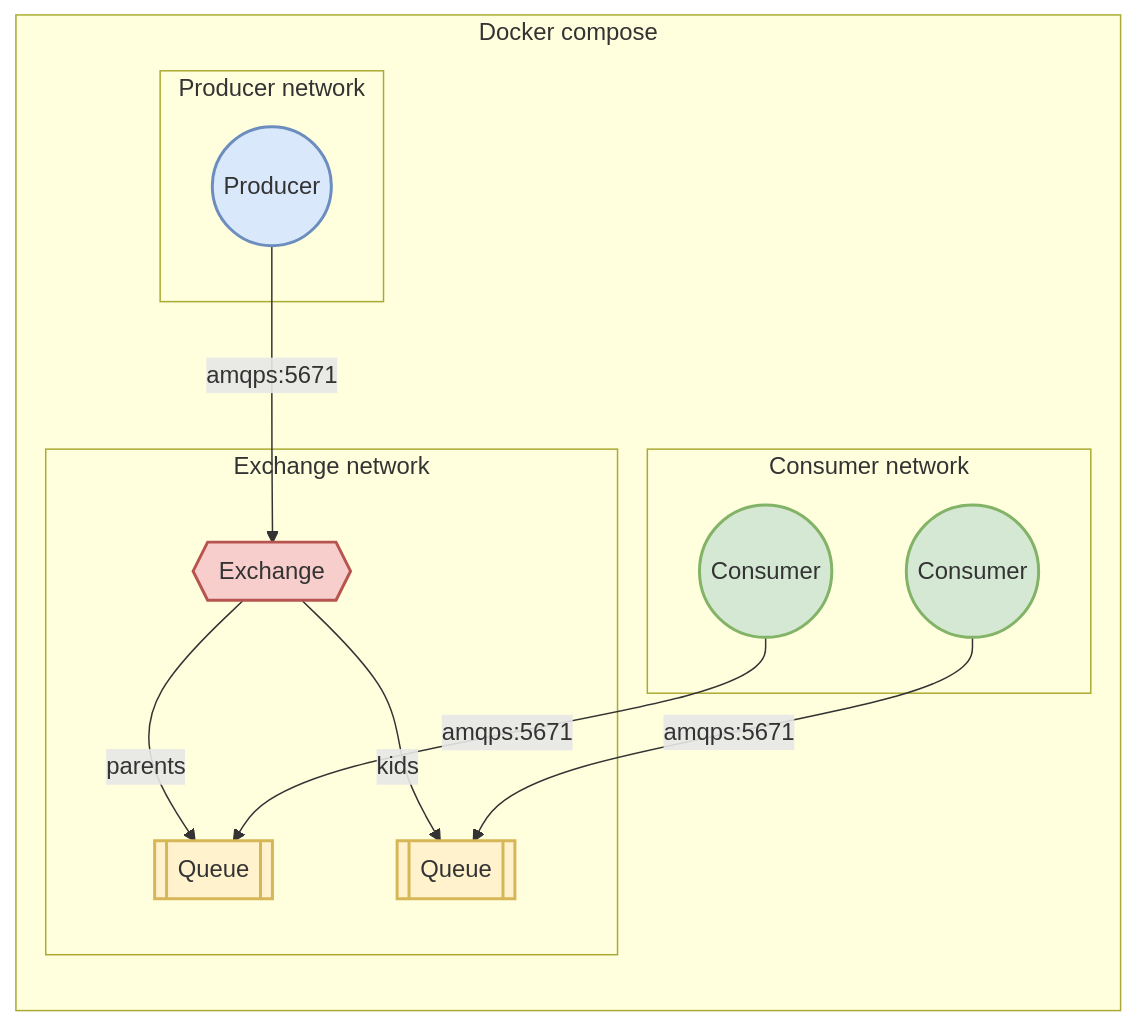
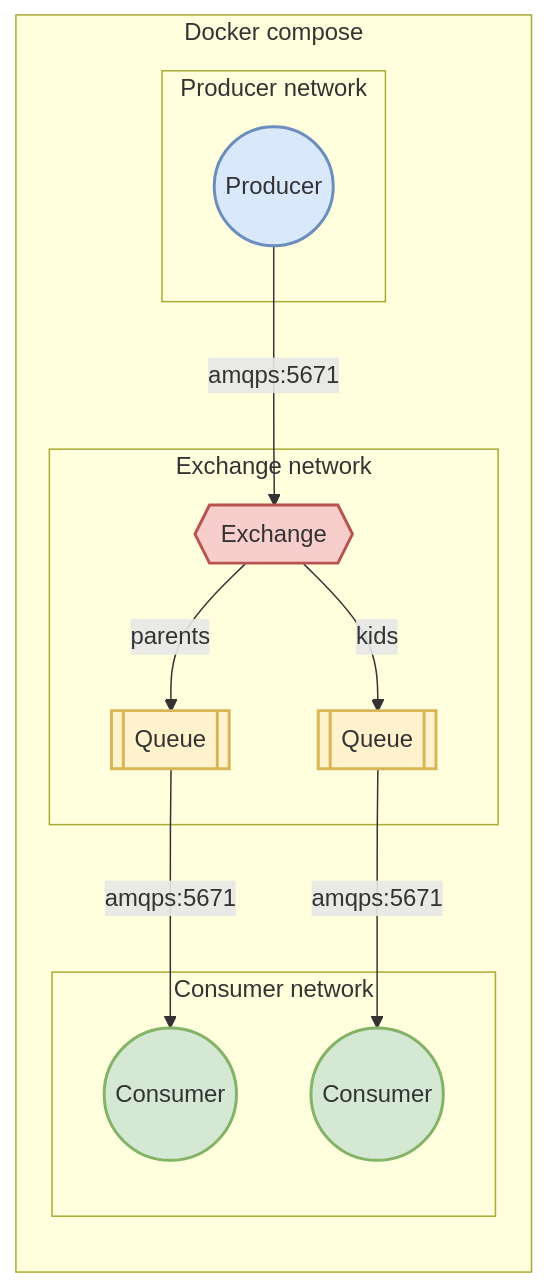
The diagram in README.md (matthew-shaw/rabbit-stew), drawn with Mermaid before and after one commit.

Commit message:
update diagram

````diff
--- a/README.md
+++ b/README.md
@@ -11,30 +11,30 @@
 ```mermaid
 flowchart LR
     subgraph Docker compose
         subgraph Producer network
             P((Producer)):::P
         end
 
         subgraph Exchange network
             X{{Exchange}}:::E
             Q1[[Queue]]:::Q
             Q2[[Queue]]:::Q
         end
         
         subgraph Consumer network
             C1((Consumer)):::C
             C2((Consumer)):::C
         end
     end
 
     P -- amqps:5671 --> X
     X -- parents --> Q1
     X -- kids --> Q2
-    C1 -- amqps:5671 --> Q1
-    C2 -- amqps:5671 --> Q2
+    Q1 -- amqps:5671 --> C1
+    Q2 -- amqps:5671 --> C2
 
     classDef P fill:#DAE8FC,stroke:#6C8EBF,stroke-width:2px
     classDef E fill:#F8CECC,stroke:#B85450,stroke-width:2px
     classDef Q fill:#FFF2CC,stroke:#D6B656,stroke-width:2px
     classDef C fill:#D5E8D4,stroke:#82B366,stroke-width:2px
 ```
````
